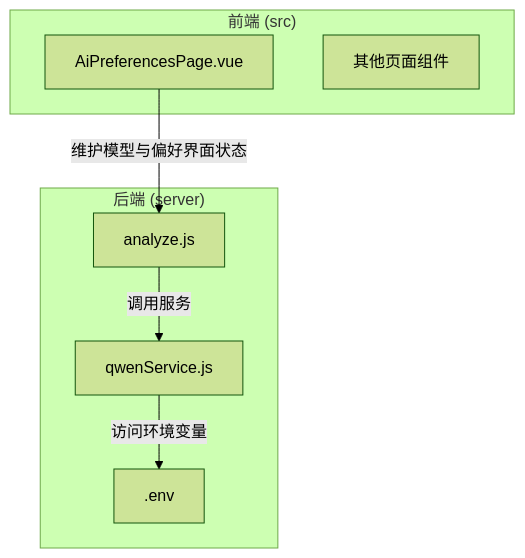
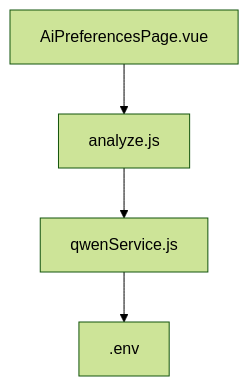
The first of 5 diagrams in wiki/后端架构/外部集成/通义千问AI集成.md (xingranya/CervixDetectAI), drawn with Mermaid (forest theme) before and after one commit. The commit also changed other lines of this file and 35 other files, not shown here.

First line of the commit message:
docs(readme): 优化并统一项目文档中的流程图与说明

````diff
--- a/wiki/后端架构/外部集成/通义千问AI集成.md
+++ b/wiki/后端架构/外部集成/通义千问AI集成.md
@@ -26,15 +28,6 @@
 ```mermaid
-graph TB
-subgraph "前端 (src)"
-A[AiPreferencesPage.vue]
-B[其他页面组件]
-end
-subgraph "后端 (server)"
-C[qwenService.js]
-D[analyze.js]
-E[.env]
-end
-A --> |维护模型与偏好界面状态| D
-D --> |调用服务| C
-C --> |访问环境变量| E
+flowchart TB
+A[AiPreferencesPage.vue] --> D[analyze.js]
+D --> C[qwenService.js]
+C --> E[.env]
 ```
````
